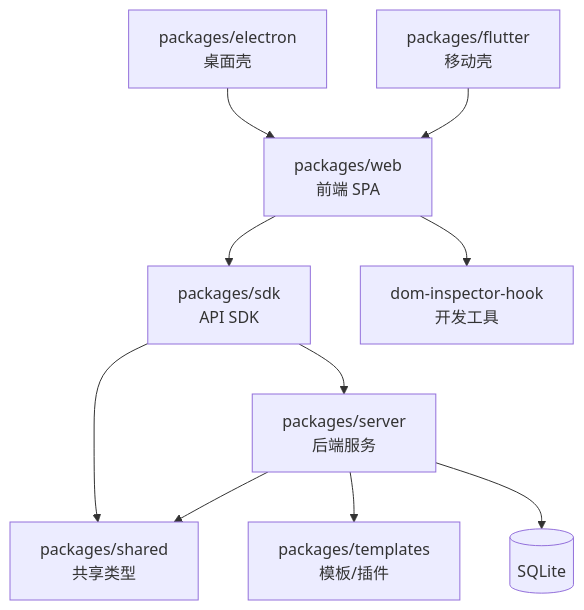
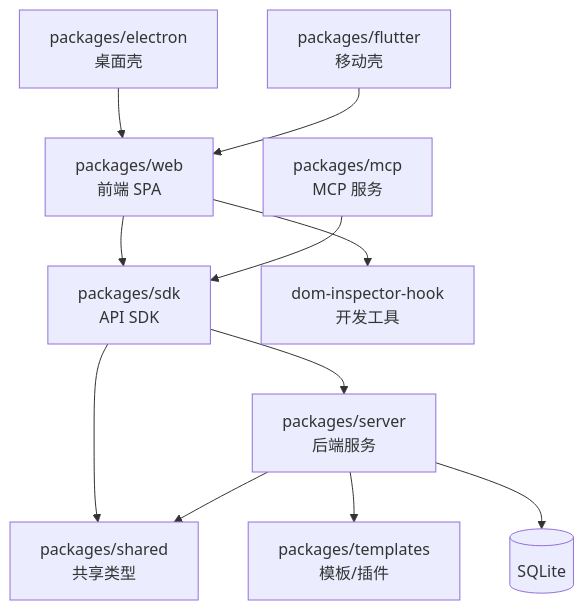
One commit to hunmer/agent-spaces changed the diagram in CLAUDE.md. Above: the diagram before and after it, drawn with Mermaid. The commit also changed other lines of this file and 33 other files, not shown here.

````diff
--- a/CLAUDE.md
+++ b/CLAUDE.md
@@ -33,12 +33,13 @@
 ```mermaid
 graph TD
     Web[packages/web<br/>前端 SPA] --> SDK[packages/sdk<br/>API SDK]
     SDK --> Server[packages/server<br/>后端服务]
     SDK --> Shared[packages/shared<br/>共享类型]
     Server --> Shared
     Electron[packages/electron<br/>桌面壳] --> Web
     Flutter[packages/flutter<br/>移动壳] --> Web
     Server --> Templates[packages/templates<br/>模板/插件]
     Web --> Inspector[dom-inspector-hook<br/>开发工具]
     Server --> DB[(SQLite)]
+    MCP[packages/mcp<br/>MCP 服务] --> SDK
 ```
````
